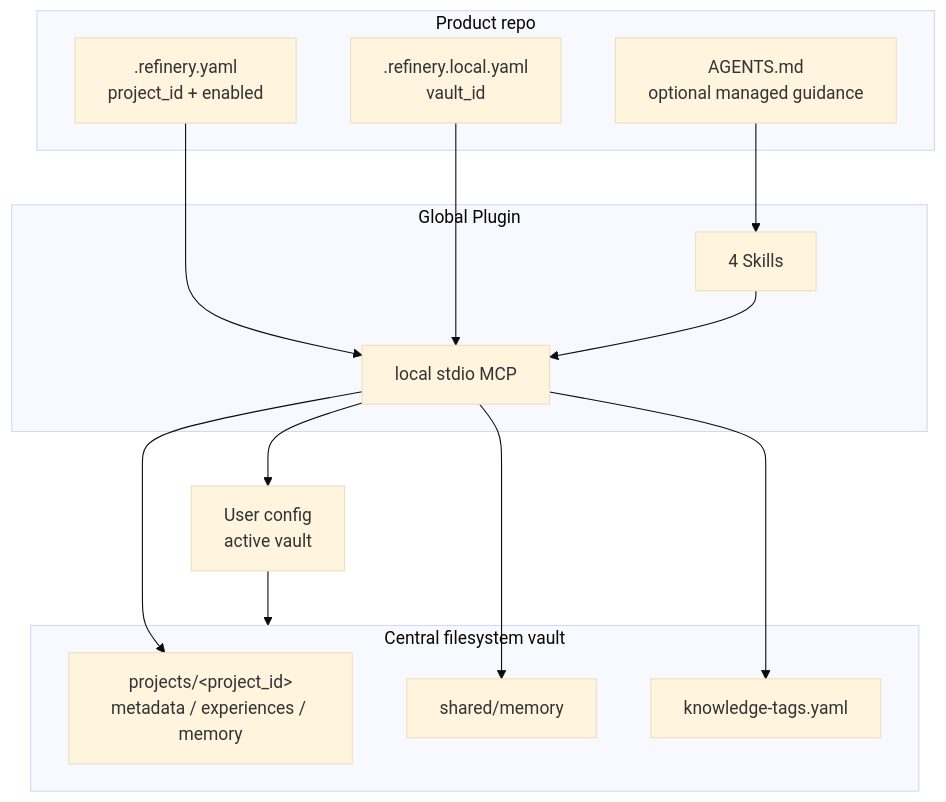
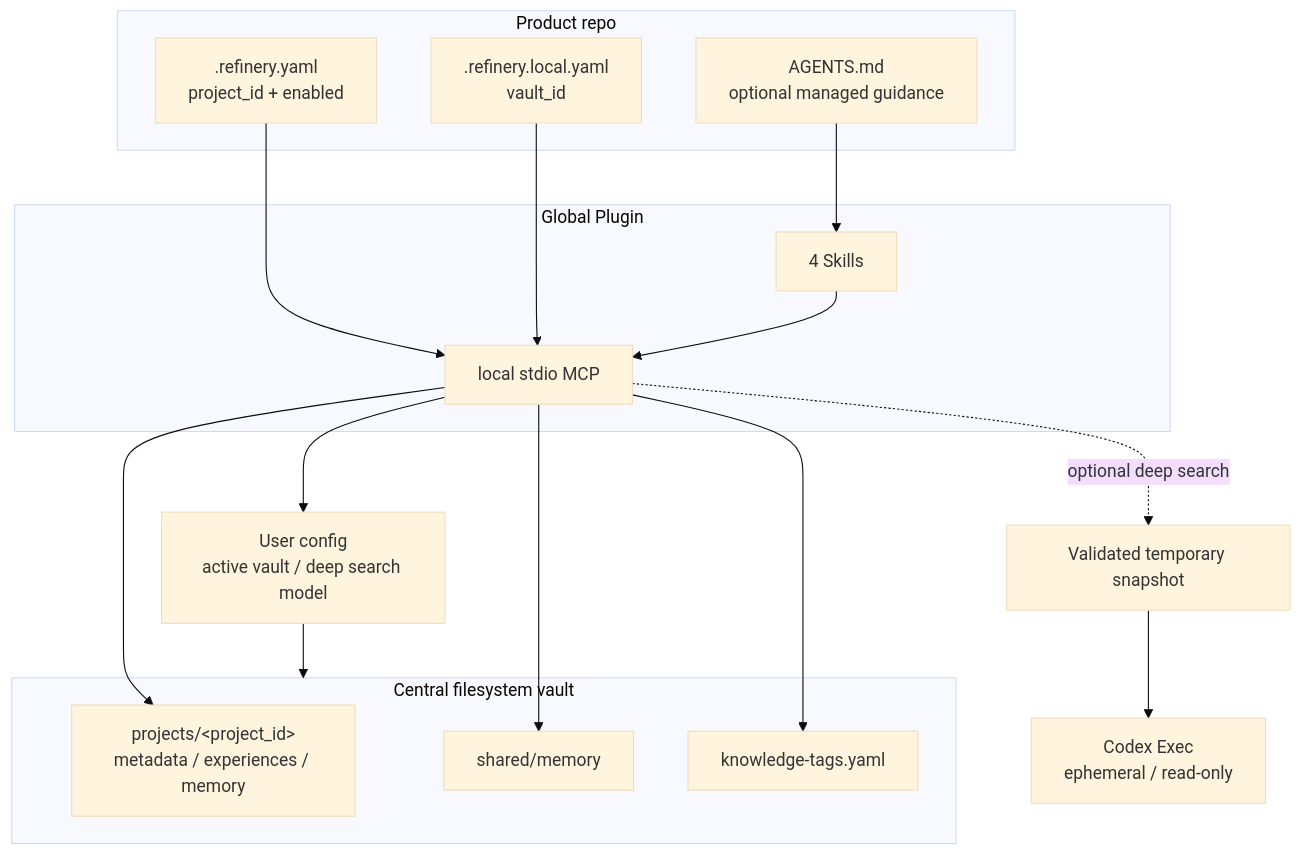
One commit to skanehira1126/knowledge-refinery changed the diagram in docs/architecture.md. Above: the diagram before and after it, drawn with Mermaid (base theme). The commit also changed other lines of this file and 30 other files, not shown here.

````diff
--- a/docs/architecture.md
+++ b/docs/architecture.md
@@ -6,31 +6,36 @@
 ```mermaid
 flowchart TB
     subgraph Repo["Product repo"]
         RC[".refinery.yaml<br/>project_id + enabled"]
         RL[".refinery.local.yaml<br/>vault_id"]
         AG["AGENTS.md<br/>optional managed guidance"]
     end
 
     subgraph Plugin["Global Plugin"]
         SK["4 Skills"]
         MCP["local stdio MCP"]
     end
 
-    CFG["User config<br/>active vault"]
+    CFG["User config<br/>active vault / deep search model"]
+
+    CX["Codex Exec<br/>ephemeral / read-only"]
+    SS["Validated temporary snapshot"]
 
     subgraph Vault["Central filesystem vault"]
         PM["projects/&lt;project_id&gt;<br/>metadata / experiences / memory"]
         SM["shared/memory"]
         KT["knowledge-tags.yaml"]
     end
 
     AG --> SK
     RC --> MCP
     RL --> MCP
     SK --> MCP
     MCP --> CFG
     CFG --> Vault
     MCP --> PM
     MCP --> SM
     MCP --> KT
+    MCP -. "optional deep search" .-> SS
+    SS --> CX
 ```
````
